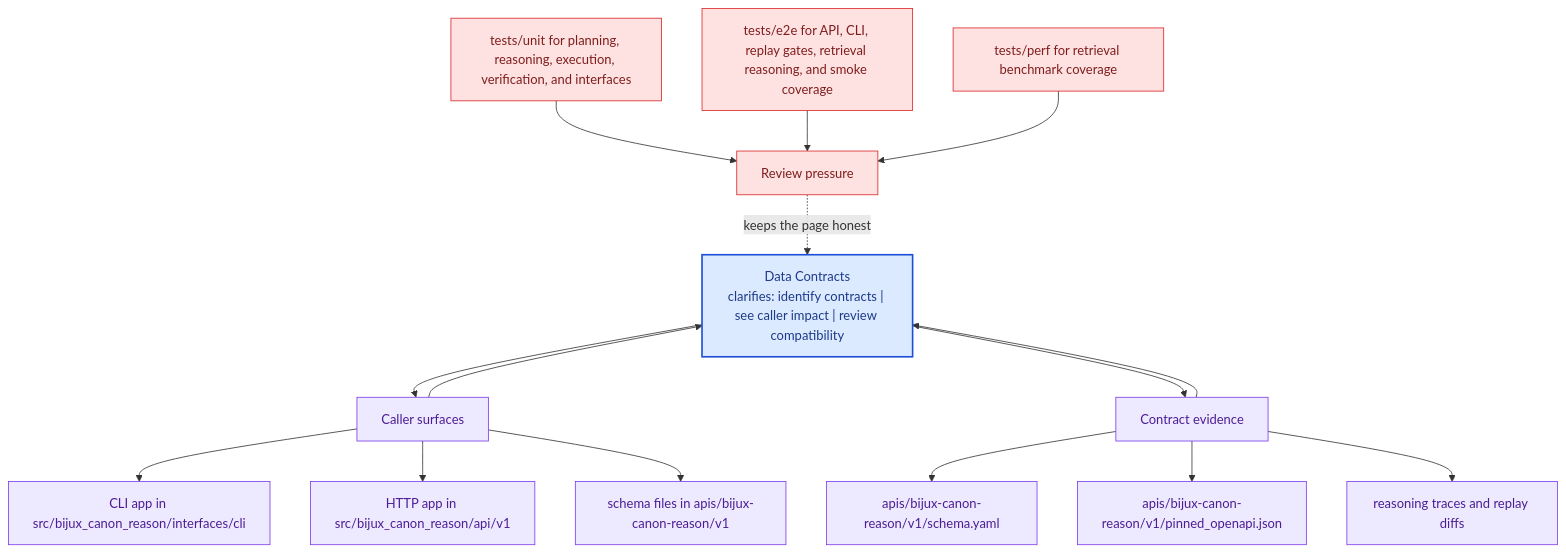
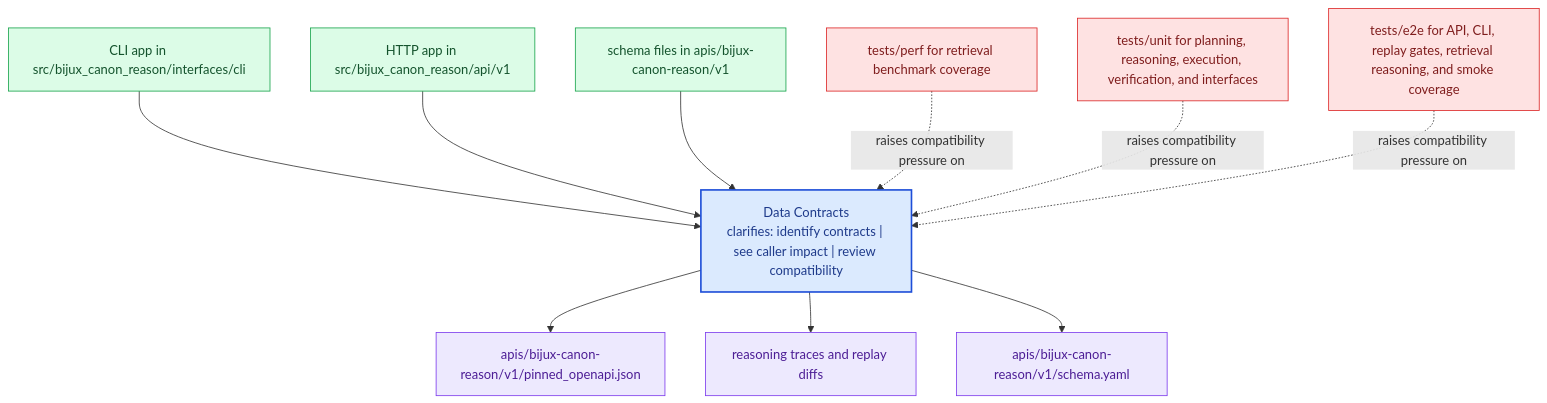
The diagram in docs/bijux-canon-reason/interfaces/data-contracts.md (bijux/bijux-canon), drawn with Mermaid before and after one commit. The commit also changed other lines of this file and 281 other files, not shown here.

Commit message:
docs(diagrams): replace repeated mermaid scaffolds with page-specific summaries

````diff
--- a/docs/bijux-canon-reason/interfaces/data-contracts.md
+++ b/docs/bijux-canon-reason/interfaces/data-contracts.md
@@ -68,41 +23,31 @@
 ```mermaid
 flowchart TB
-    promise["Data Contracts<br/>clarifies: identify contracts | see caller impact | review compatibility"]
-    classDef promise fill:#dbeafe,stroke:#1d4ed8,color:#1e3a8a,stroke-width:2px;
-    classDef driver fill:#dcfce7,stroke:#16a34a,color:#14532d;
-    classDef constraint fill:#fee2e2,stroke:#dc2626,color:#7f1d1d;
-    classDef ground fill:#ede9fe,stroke:#7c3aed,color:#4c1d95;
-    focus1["Caller surfaces"]
-    focus1 --> promise
-    promise --> focus1
-    focus1_1["CLI app in src/bijux_canon_reason/interfaces/cli"]
-    focus1 --> focus1_1
-    focus1_2["HTTP app in src/bijux_canon_reason/api/v1"]
-    focus1 --> focus1_2
-    focus1_3["schema files in apis/bijux-canon-reason/v1"]
-    focus1 --> focus1_3
-    class focus1 ground;
-    class focus1_1,focus1_2,focus1_3 ground;
-    focus2["Contract evidence"]
-    focus2 --> promise
-    promise --> focus2
-    focus2_1["apis/bijux-canon-reason/v1/schema.yaml"]
-    focus2 --> focus2_1
-    focus2_2["apis/bijux-canon-reason/v1/pinned_openapi.json"]
-    focus2 --> focus2_2
-    focus2_3["reasoning traces and replay diffs"]
-    focus2 --> focus2_3
-    class focus2 ground;
-    class focus2_1,focus2_2,focus2_3 ground;
-    focus3["Review pressure"]
-    focus3 -.keeps the page honest.-> promise
-    focus3_1["tests/unit for planning, reasoning, execution, verification, and interfaces"]
-    focus3_1 --> focus3
-    focus3_2["tests/e2e for API, CLI, replay gates, retrieval reasoning, and smoke coverage"]
-    focus3_2 --> focus3
-    focus3_3["tests/perf for retrieval benchmark coverage"]
-    focus3_3 --> focus3
-    class focus3 constraint;
-    class focus3_1,focus3_2,focus3_3 constraint;
-    class promise promise;
+    page["Data Contracts<br/>clarifies: identify contracts | see caller impact | review compatibility"]
+    classDef page fill:#dbeafe,stroke:#1d4ed8,color:#1e3a8a,stroke-width:2px;
+    classDef positive fill:#dcfce7,stroke:#16a34a,color:#14532d;
+    classDef caution fill:#fee2e2,stroke:#dc2626,color:#7f1d1d;
+    classDef anchor fill:#ede9fe,stroke:#7c3aed,color:#4c1d95;
+    classDef action fill:#fef3c7,stroke:#d97706,color:#7c2d12;
+    surface1["CLI app in src/bijux_canon_reason/interfaces/cli"]
+    surface1 --> page
+    surface2["HTTP app in src/bijux_canon_reason/api/v1"]
+    surface2 --> page
+    surface3["schema files in apis/bijux-canon-reason/v1"]
+    surface3 --> page
+    proof1["apis/bijux-canon-reason/v1/pinned_openapi.json"]
+    page --> proof1
+    proof2["reasoning traces and replay diffs"]
+    page --> proof2
+    proof3["apis/bijux-canon-reason/v1/schema.yaml"]
+    page --> proof3
+    review1["tests/perf for retrieval benchmark coverage"]
+    review1 -.raises compatibility pressure on.-> page
+    review2["tests/unit for planning, reasoning, execution, verification, and interfaces"]
+    review2 -.raises compatibility pressure on.-> page
+    review3["tests/e2e for API, CLI, replay gates, retrieval reasoning, and smoke coverage"]
+    review3 -.raises compatibility pressure on.-> page
+    class page page;
+    class surface1,surface2,surface3 positive;
+    class proof1,proof2,proof3 anchor;
+    class review1,review2,review3 caution;
 ```
````
